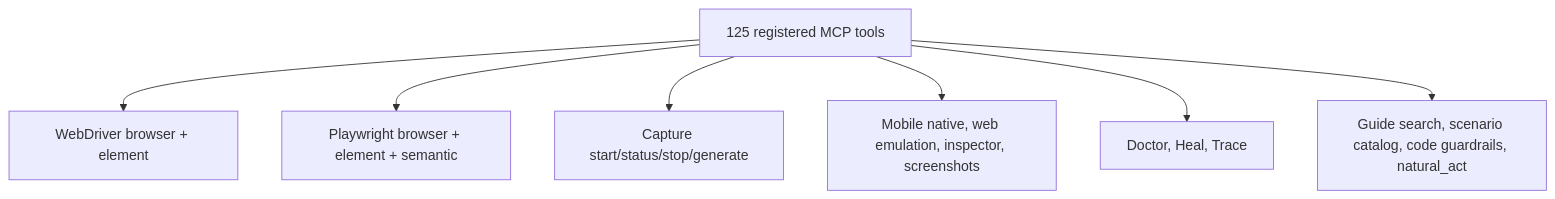
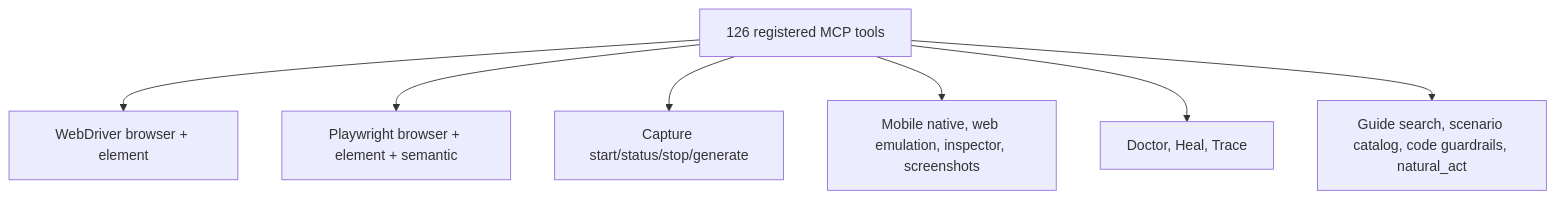
The fourth of 4 diagrams in modular-era-feature-catalog.md (ShaftHQ/SHAFT_ENGINE), drawn with Mermaid before and after one commit. The commit also changed other lines of this file and 42 other files, not shown here.

````diff
--- a/modular-era-feature-catalog.md
+++ b/modular-era-feature-catalog.md
@@ -571,9 +587,9 @@
 ```mermaid
 flowchart TB
-    A[125 registered MCP tools] --> B[WebDriver browser + element]
+    A[126 registered MCP tools] --> B[WebDriver browser + element]
     A --> C[Playwright browser + element + semantic]
     A --> D[Capture start/status/stop/generate]
     A --> E[Mobile native, web emulation, inspector, screenshots]
     A --> F[Doctor, Heal, Trace]
     A --> G[Guide search, scenario catalog, code guardrails, natural_act]
 ```
````
